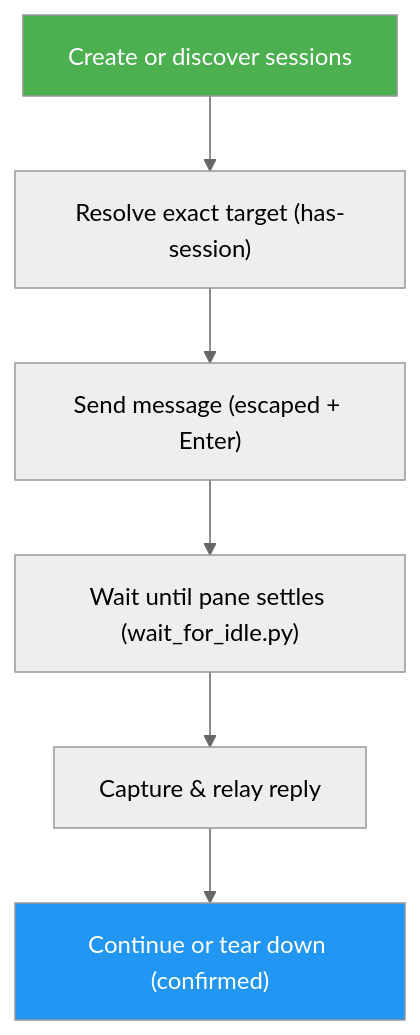
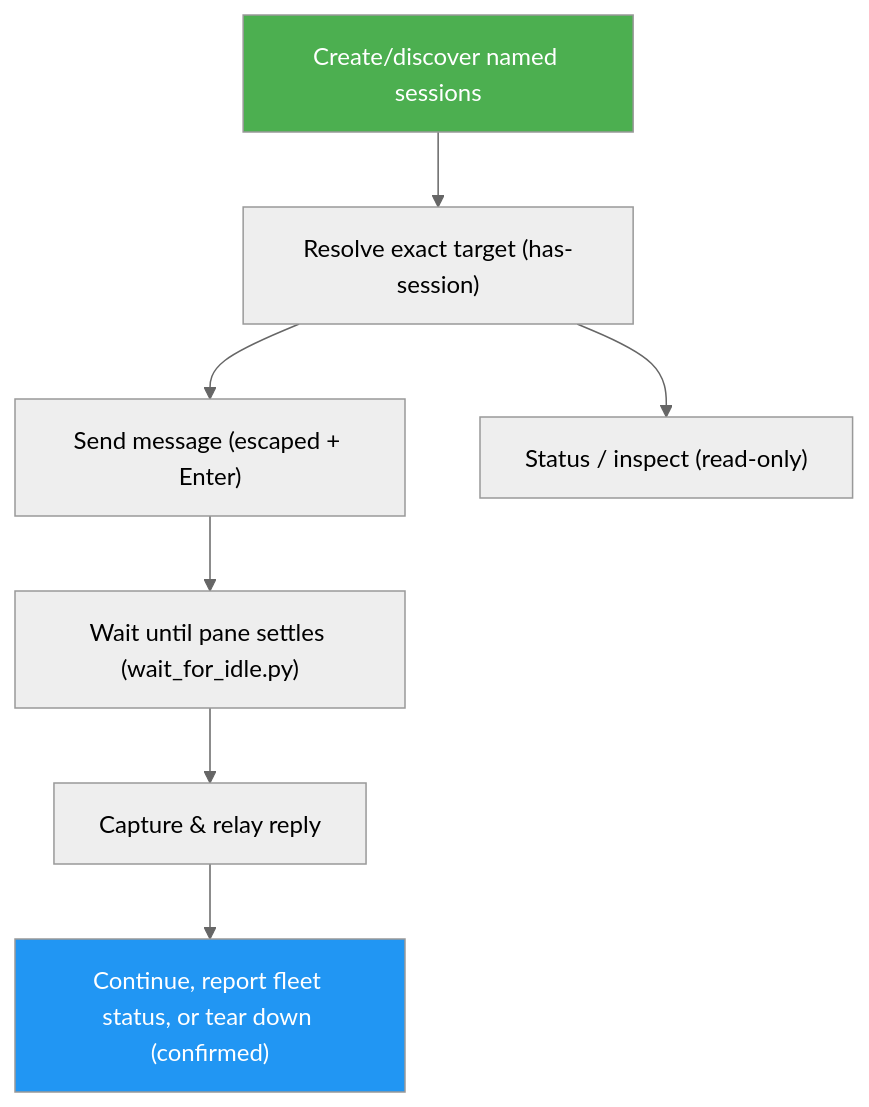
Before and after one commit to luongnv89/skills: the diagram in skills/tmux-agent-comms/docs/README.md, drawn with Mermaid (neutral theme). The commit also changed other lines of this file and 3 other files, not shown here.

````diff
--- a/skills/tmux-agent-comms/docs/README.md
+++ b/skills/tmux-agent-comms/docs/README.md
@@ -32,10 +36,11 @@
 ```mermaid
 graph TD
-    A["Create or discover sessions"] --> B["Resolve exact target (has-session)"]
+    A["Create/discover named sessions"] --> B["Resolve exact target (has-session)"]
     B --> C["Send message (escaped + Enter)"]
+    B --> S["Status / inspect (read-only)"]
     C --> D["Wait until pane settles (wait_for_idle.py)"]
     D --> E["Capture & relay reply"]
-    E --> F["Continue or tear down (confirmed)"]
+    E --> F["Continue, report fleet status, or tear down (confirmed)"]
     style A fill:#4CAF50,color:#fff
     style F fill:#2196F3,color:#fff
 ```
````
